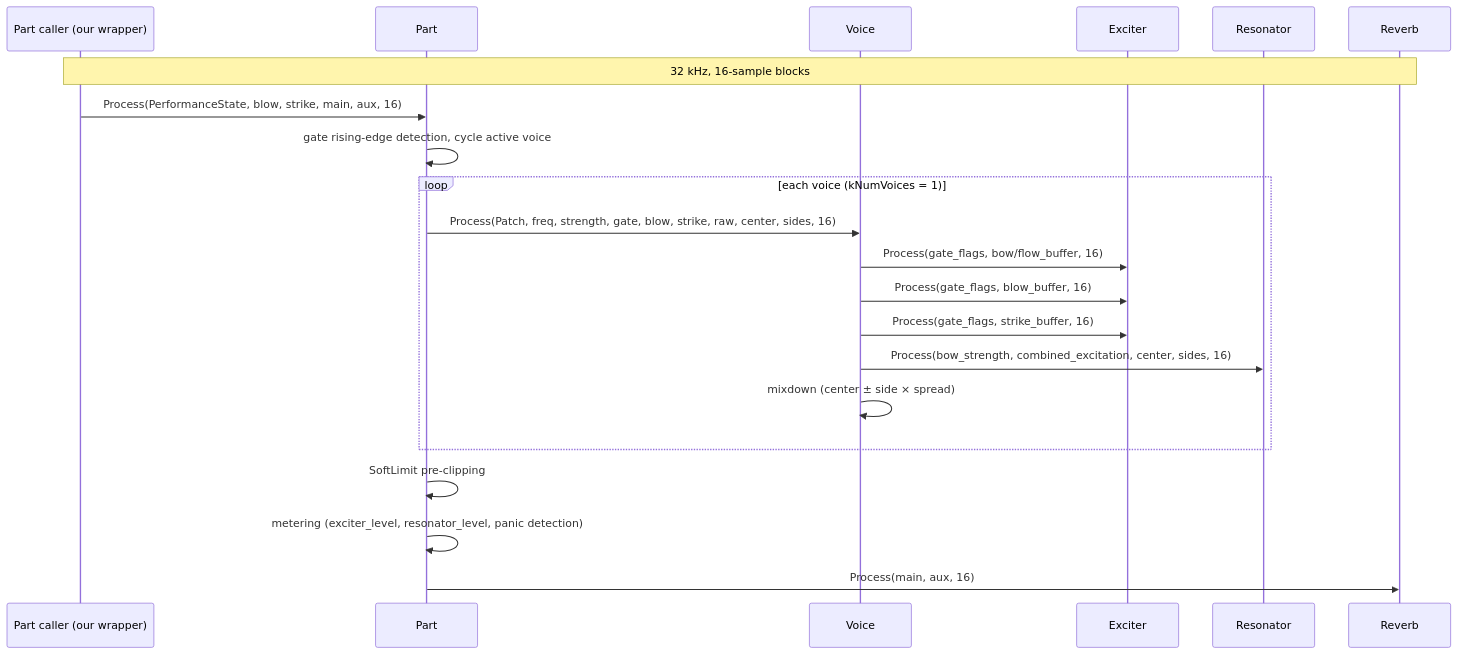
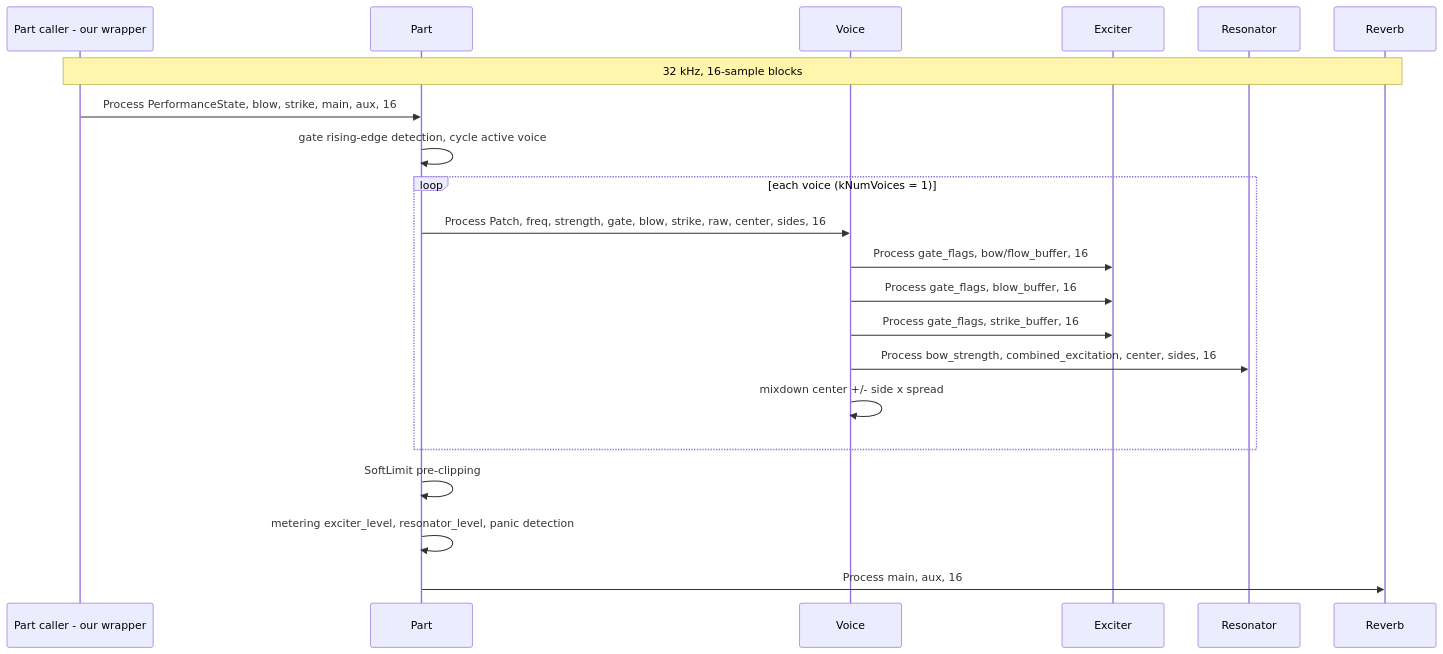
One commit to MarkWestbroek/MusicBrain changed the third of 8 diagrams in doc/elements/architecture.md. Above: the diagram before and after it, drawn with Mermaid. The commit also changed other lines of this file, not shown here.

````diff
--- a/doc/elements/architecture.md
+++ b/doc/elements/architecture.md
@@ -193,25 +193,25 @@
 ```mermaid
 sequenceDiagram
-    participant Caller as Part caller (our wrapper)
+    participant Caller as Part caller - our wrapper
     participant Part
     participant Voice
     participant Exciter
     participant Resonator
     participant Reverb
 
     Note over Caller, Reverb: 32 kHz, 16-sample blocks
 
-    Caller->>Part: Process(PerformanceState, blow, strike, main, aux, 16)
+    Caller->>Part: Process PerformanceState, blow, strike, main, aux, 16
     Part->>Part: gate rising-edge detection, cycle active voice
     loop each voice (kNumVoices = 1)
-        Part->>Voice: Process(Patch, freq, strength, gate, blow, strike, raw, center, sides, 16)
-        Voice->>Exciter: Process(gate_flags, bow/flow_buffer, 16)
-        Voice->>Exciter: Process(gate_flags, blow_buffer, 16)
-        Voice->>Exciter: Process(gate_flags, strike_buffer, 16)
-        Voice->>Resonator: Process(bow_strength, combined_excitation, center, sides, 16)
-        Voice->>Voice: mixdown (center ± side × spread)
+        Part->>Voice: Process Patch, freq, strength, gate, blow, strike, raw, center, sides, 16
+        Voice->>Exciter: Process gate_flags, bow/flow_buffer, 16
+        Voice->>Exciter: Process gate_flags, blow_buffer, 16
+        Voice->>Exciter: Process gate_flags, strike_buffer, 16
+        Voice->>Resonator: Process bow_strength, combined_excitation, center, sides, 16
+        Voice->>Voice: mixdown center +/- side x spread
     end
     Part->>Part: SoftLimit pre-clipping
-    Part->>Part: metering (exciter_level, resonator_level, panic detection)
-    Part->>Reverb: Process(main, aux, 16)
+    Part->>Part: metering exciter_level, resonator_level, panic detection
+    Part->>Reverb: Process main, aux, 16
 ```
````
